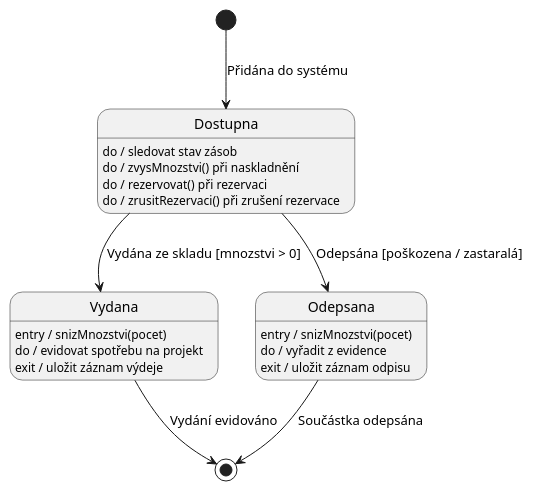
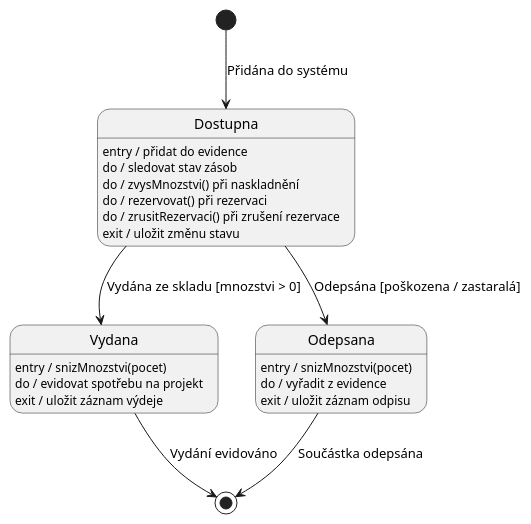
Before and after one commit to lkvapil/kOdevzdaniProjektWMS: the diagram in diagrams/10_state_soucastka_projekt.puml, drawn with PlantUML. The commit also changed 1 other file, not shown here.

Commit message:
Stavový diagram Soucastka – entry a exit pro stav Dostupna

```diff
--- a/diagrams/10_state_soucastka_projekt.puml
+++ b/diagrams/10_state_soucastka_projekt.puml
@@ -1,23 +1,25 @@
 @startuml
 top to bottom direction
 
 [*] --> Dostupna : Přidána do systému
 
+Dostupna : entry / přidat do evidence
 Dostupna : do / sledovat stav zásob
 Dostupna : do / zvysMnozstvi() při naskladnění
 Dostupna : do / rezervovat() při rezervaci
 Dostupna : do / zrusitRezervaci() při zrušení rezervace
+Dostupna : exit / uložit změnu stavu
 Dostupna --> Vydana   : Vydána ze skladu [mnozstvi > 0]
 Dostupna --> Odepsana : Odepsána [poškozena / zastaralá]
 
 Vydana : entry / snizMnozstvi(pocet)
 Vydana : do / evidovat spotřebu na projekt
 Vydana : exit / uložit záznam výdeje
 Vydana --> [*] : Vydání evidováno
 
 Odepsana : entry / snizMnozstvi(pocet)
 Odepsana : do / vyřadit z evidence
 Odepsana : exit / uložit záznam odpisu
 Odepsana --> [*] : Součástka odepsána
 
 @enduml
```
